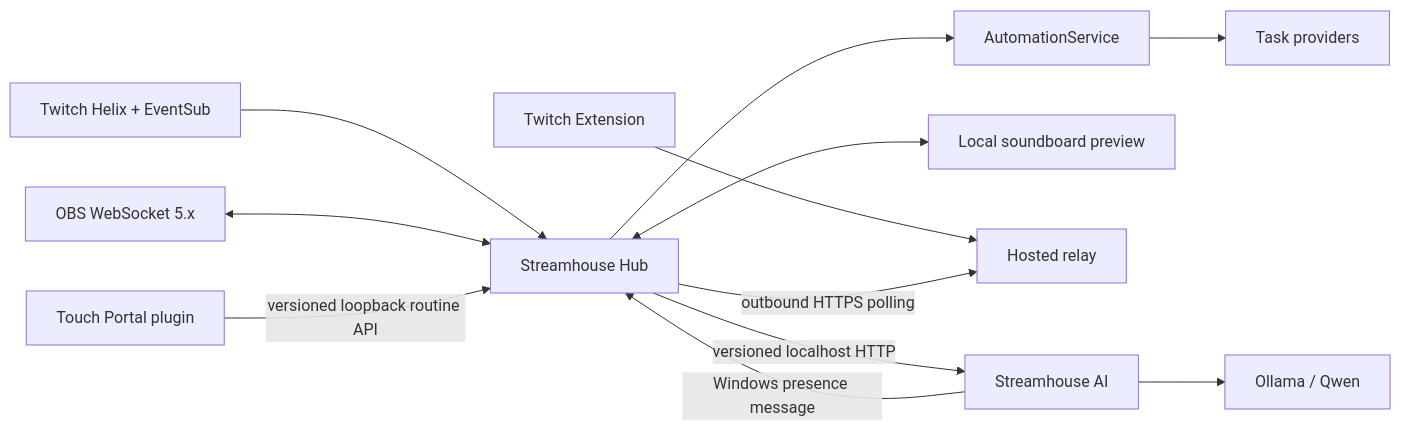
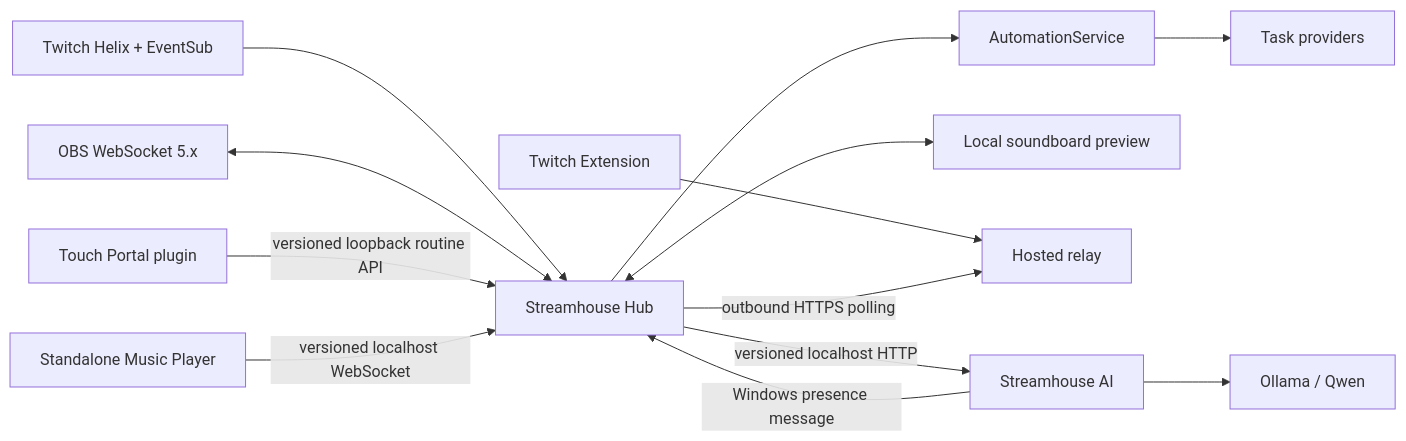
Before and after one commit to itsjusty0gurt/StreamHouse: the first of 4 diagrams in docs/architecture/overview.md, drawn with Mermaid. The commit also changed other lines of this file and 12 other files, not shown here.

Commit message:
Add local music player integration

````diff
--- a/docs/architecture/overview.md
+++ b/docs/architecture/overview.md
@@ -74,14 +86,15 @@
 ```mermaid
 flowchart LR
     Twitch["Twitch Helix + EventSub"] --> Hub["Streamhouse Hub"]
     OBS["OBS WebSocket 5.x"] <--> Hub
     Hub --> Automation["AutomationService"]
     Automation --> Tasks["Task providers"]
     Hub <--> LocalPreview["Local soundboard preview"]
     TouchPortal["Touch Portal plugin"] -->|"versioned loopback routine API"| Hub
+    MusicPlayer["Standalone Music Player"] -->|"versioned localhost WebSocket"| Hub
     Extension["Twitch Extension"] --> Relay["Hosted relay"]
     Hub -->|"outbound HTTPS polling"| Relay
     StreamhouseAI["Streamhouse AI"] -->|"Windows presence message"| Hub
     Hub -->|"versioned localhost HTTP"| StreamhouseAI
     StreamhouseAI --> Ollama["Ollama / Qwen"]
 ```
````
